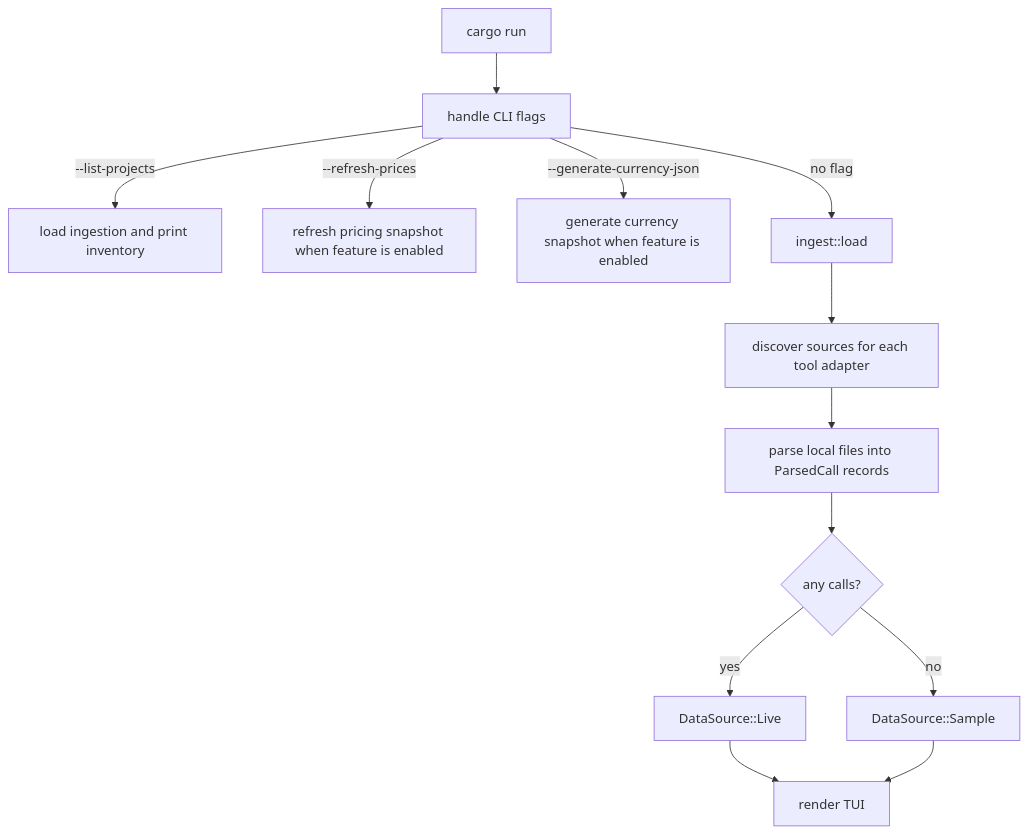
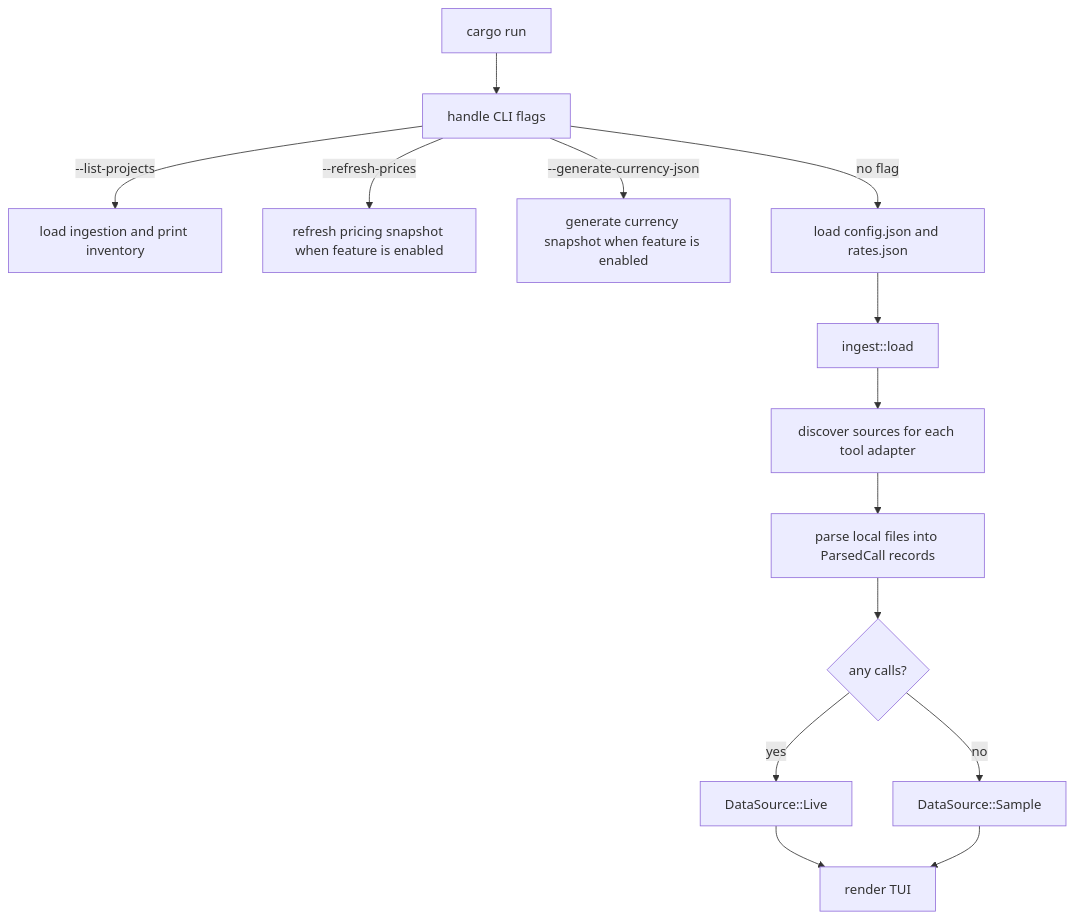
Before and after one commit to russmckendrick/tokenuse: the first of 3 diagrams in docs/architecture.md, drawn with Mermaid. The commit also changed other lines of this file and 13 other files, not shown here.

````diff
--- a/docs/architecture.md
+++ b/docs/architecture.md
@@ -7,15 +7,16 @@
 ```mermaid
 flowchart TD
     A[cargo run] --> B[handle CLI flags]
     B -->|--list-projects| C[load ingestion and print inventory]
     B -->|--refresh-prices| D[refresh pricing snapshot when feature is enabled]
     B -->|--generate-currency-json| L[generate currency snapshot when feature is enabled]
-    B -->|no flag| E[ingest::load]
+    B -->|no flag| M[load config.json and rates.json]
+    M --> E[ingest::load]
     E --> F[discover sources for each tool adapter]
     F --> G[parse local files into ParsedCall records]
     G --> H{any calls?}
     H -->|yes| I[DataSource::Live]
     H -->|no| J[DataSource::Sample]
     I --> K[render TUI]
     J --> K
 ```
````
